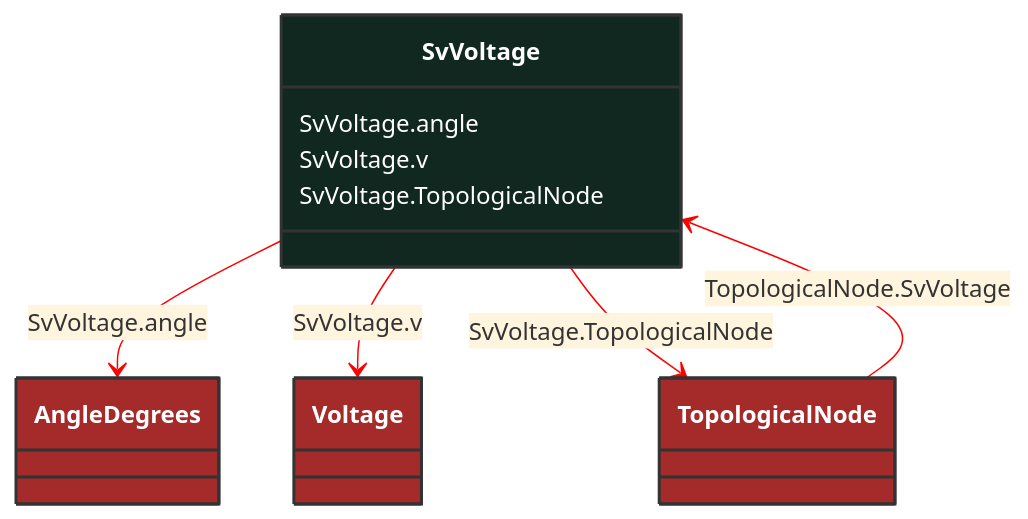
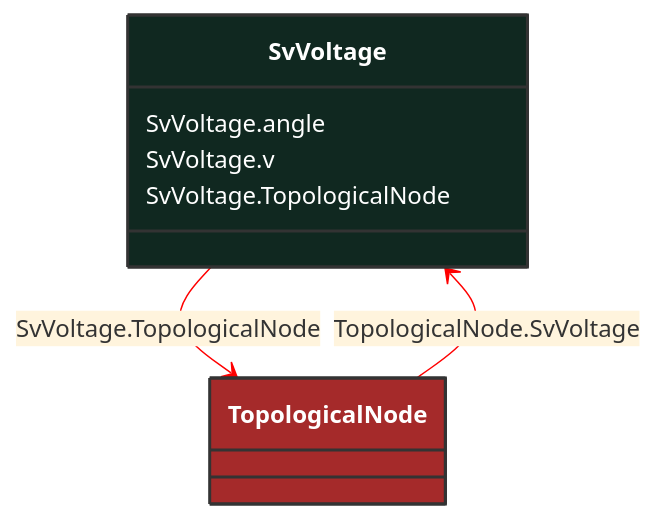
The diagram in docs/Models/Profiles/StateVariables/ConcreteClasses/SvVoltage.md (3lbits/NoCIMExtensions), drawn with Mermaid before and after one commit. The commit also changed 397 other files, not shown here.

First line of the commit message:
Refactor CIM schemas to introduce abstract classes and consolidate data types

````diff
--- a/docs/Models/Profiles/StateVariables/ConcreteClasses/SvVoltage.md
+++ b/docs/Models/Profiles/StateVariables/ConcreteClasses/SvVoltage.md
@@ -8,34 +8,24 @@
 ```mermaid
 %%{init: {'theme':'base','themeVariables': {'lineColor': '#FF0000'}}}%%
 classDiagram
     class SvVoltage
     click SvVoltage href "/Models/Profiles/StateVariables/ConcreteClasses/SvVoltage/"
     style SvVoltage fill:#102820,stroke:#333,stroke-width:2px,rx:10,ry:10,color:white
 
-        SvVoltage --> AngleDegrees : SvVoltage.angle
-
-        AngleDegrees
-            click AngleDegrees href "/Models/Profiles/StateVariables/ConcreteClasses/AngleDegrees/"
-            style AngleDegrees fill:#A52A2A,stroke:#333,stroke-width:2px,rx:10,ry:10,color:white
-        SvVoltage --> Voltage : SvVoltage.v
-
-        Voltage
-            click Voltage href "/Models/Profiles/StateVariables/ConcreteClasses/Voltage/"
-            style Voltage fill:#A52A2A,stroke:#333,stroke-width:2px,rx:10,ry:10,color:white
         SvVoltage --> TopologicalNode : SvVoltage.TopologicalNode
 
         TopologicalNode
             click TopologicalNode href "/Models/Profiles/StateVariables/ConcreteClasses/TopologicalNode/"
             style TopologicalNode fill:#A52A2A,stroke:#333,stroke-width:2px,rx:10,ry:10,color:white
 
         TopologicalNode --> SvVoltage : TopologicalNode.SvVoltage
 
         TopologicalNode
             click TopologicalNode href "/Models/Profiles/StateVariables/ConcreteClasses/TopologicalNode/"
             style TopologicalNode fill:#A52A2A,stroke:#333,stroke-width:2px,rx:10,ry:10,color:white
 
 
         SvVoltage : SvVoltage.angle
         SvVoltage : SvVoltage.v
         SvVoltage : SvVoltage.TopologicalNode
 ```
````
